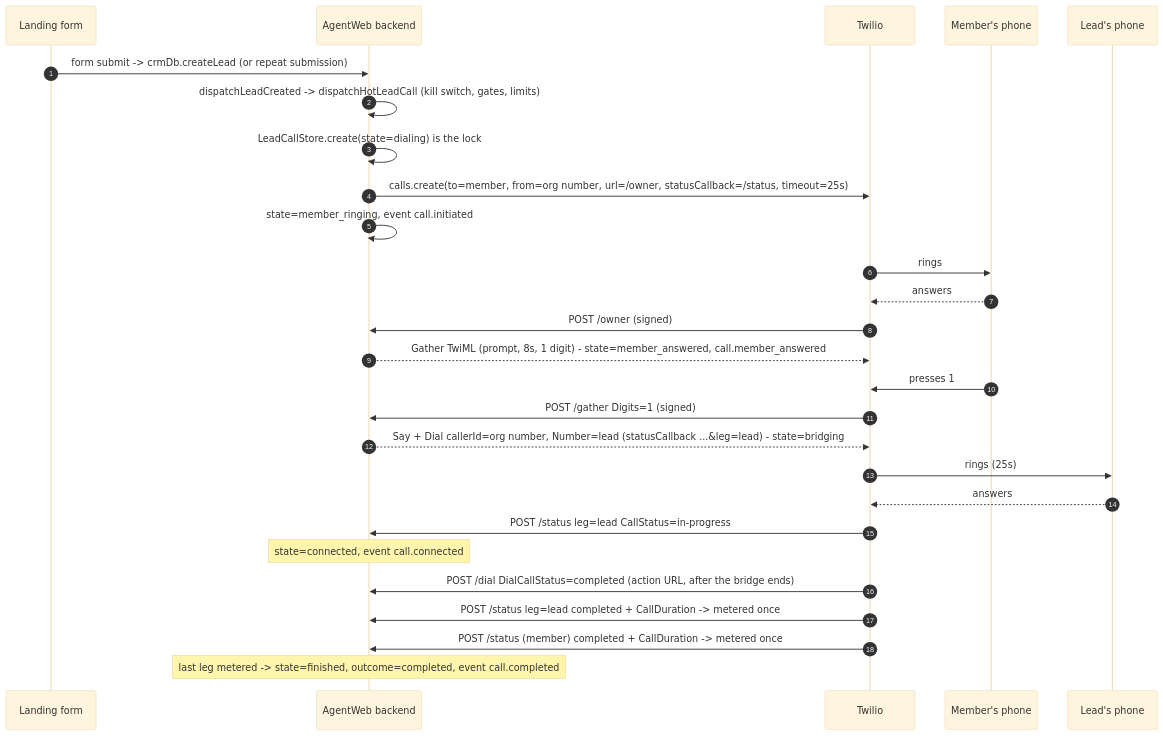
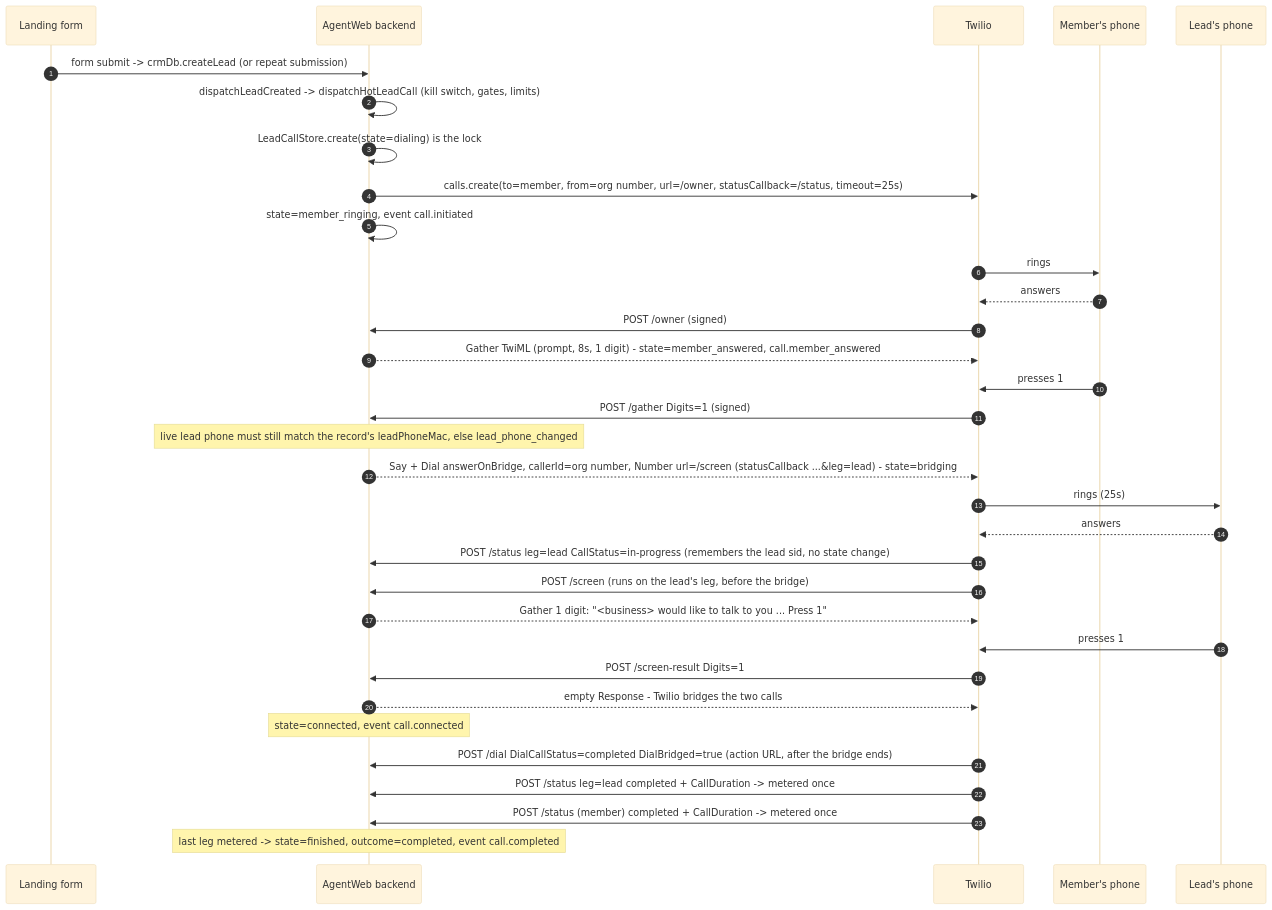
The diagram in backend/docs/integrations/hot-lead-call.md (kvnloo/agentweb-backup), drawn with Mermaid (base theme) before and after one commit. The commit also changed other lines of this file, not shown here.

First line of the commit message:
Document the lead confirmation step and the next-attempt flow

````diff
--- a/backend/docs/integrations/hot-lead-call.md
+++ b/backend/docs/integrations/hot-lead-call.md
@@ -41,30 +43,36 @@
 ```mermaid
 sequenceDiagram
   autonumber
   participant Lead as Landing form
   participant App as AgentWeb backend
   participant Tw as Twilio
   participant Member as Member's phone
   participant LeadPhone as Lead's phone
 
   Lead->>App: form submit -> crmDb.createLead (or repeat submission)
   App->>App: dispatchLeadCreated -> dispatchHotLeadCall (kill switch, gates, limits)
   App->>App: LeadCallStore.create(state=dialing) is the lock
   App->>Tw: calls.create(to=member, from=org number, url=/owner, statusCallback=/status, timeout=25s)
   App->>App: state=member_ringing, event call.initiated
   Tw->>Member: rings
   Member-->>Tw: answers
   Tw->>App: POST /owner (signed)
   App-->>Tw: Gather TwiML (prompt, 8s, 1 digit) - state=member_answered, call.member_answered
   Member->>Tw: presses 1
   Tw->>App: POST /gather Digits=1 (signed)
-  App-->>Tw: Say + Dial callerId=org number, Number=lead (statusCallback ...&leg=lead) - state=bridging
+  Note over App: live lead phone must still match the record's leadPhoneMac, else lead_phone_changed
+  App-->>Tw: Say + Dial answerOnBridge, callerId=org number, Number url=/screen (statusCallback ...&leg=lead) - state=bridging
   Tw->>LeadPhone: rings (25s)
   LeadPhone-->>Tw: answers
-  Tw->>App: POST /status leg=lead CallStatus=in-progress
+  Tw->>App: POST /status leg=lead CallStatus=in-progress (remembers the lead sid, no state change)
+  Tw->>App: POST /screen (runs on the lead's leg, before the bridge)
+  App-->>Tw: Gather 1 digit: "<business> would like to talk to you ... Press 1"
+  LeadPhone->>Tw: presses 1
+  Tw->>App: POST /screen-result Digits=1
+  App-->>Tw: empty Response - Twilio bridges the two calls
   Note over App: state=connected, event call.connected
-  Tw->>App: POST /dial DialCallStatus=completed (action URL, after the bridge ends)
+  Tw->>App: POST /dial DialCallStatus=completed DialBridged=true (action URL, after the bridge ends)
   Tw->>App: POST /status leg=lead completed + CallDuration  -> metered once
   Tw->>App: POST /status (member) completed + CallDuration   -> metered once
   Note over App: last leg metered -> state=finished, outcome=completed, event call.completed
 ```
````
